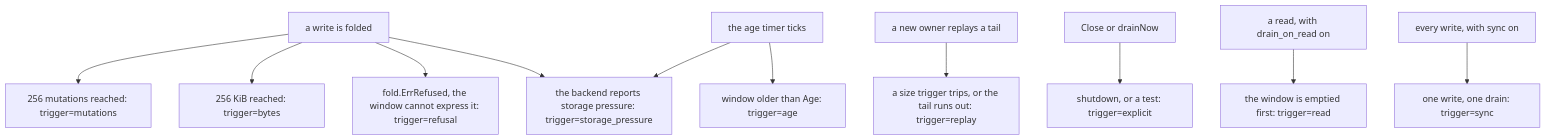
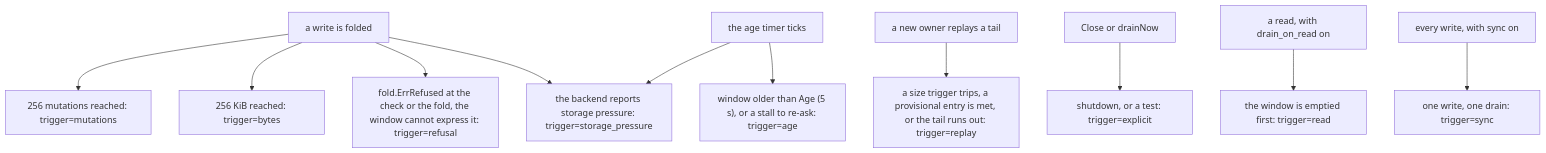
Before and after one commit to aromanovich/waltz: the third of 9 diagrams in docs/handbook/05-write-path.md, drawn with Mermaid. The commit also changed other lines of this file and 187 other files, not shown here.

````diff
--- a/docs/handbook/05-write-path.md
+++ b/docs/handbook/05-write-path.md
@@ -274,13 +192,13 @@
 ```mermaid
 flowchart TD
   W["a write is folded"] --> M["256 mutations reached: trigger=mutations"]
   W --> B["256 KiB reached: trigger=bytes"]
-  W --> RF["fold.ErrRefused, the window cannot express it: trigger=refusal"]
+  W --> RF["fold.ErrRefused at the check or the fold, the window cannot express it: trigger=refusal"]
   W --> P["the backend reports storage pressure: trigger=storage_pressure"]
-  T["the age timer ticks"] --> A["window older than Age: trigger=age"]
+  T["the age timer ticks"] --> A["window older than Age (5 s), or a stall to re-ask: trigger=age"]
   T --> P
-  RP["a new owner replays a tail"] --> R["a size trigger trips, or the tail runs out: trigger=replay"]
+  RP["a new owner replays a tail"] --> R["a size trigger trips, a provisional entry is met, or the tail runs out: trigger=replay"]
   X["Close or drainNow"] --> E["shutdown, or a test: trigger=explicit"]
   RD["a read, with drain_on_read on"] --> D["the window is emptied first: trigger=read"]
   S["every write, with sync on"] --> Y["one write, one drain: trigger=sync"]
 ```
````
